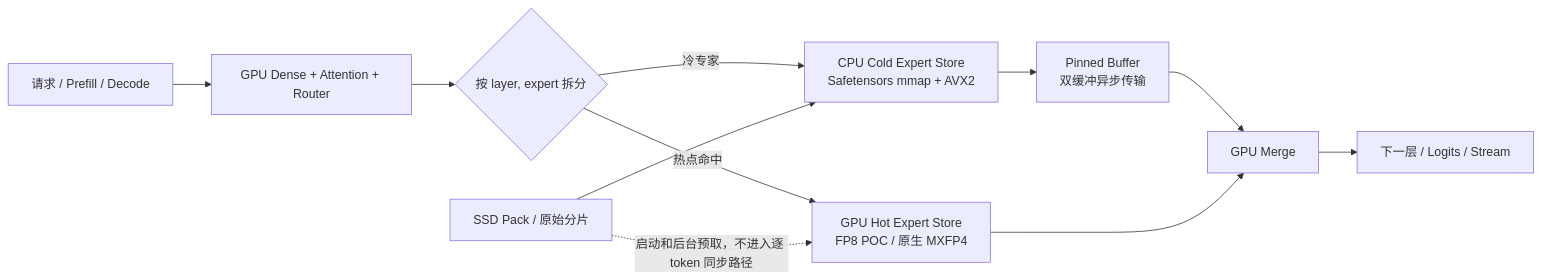
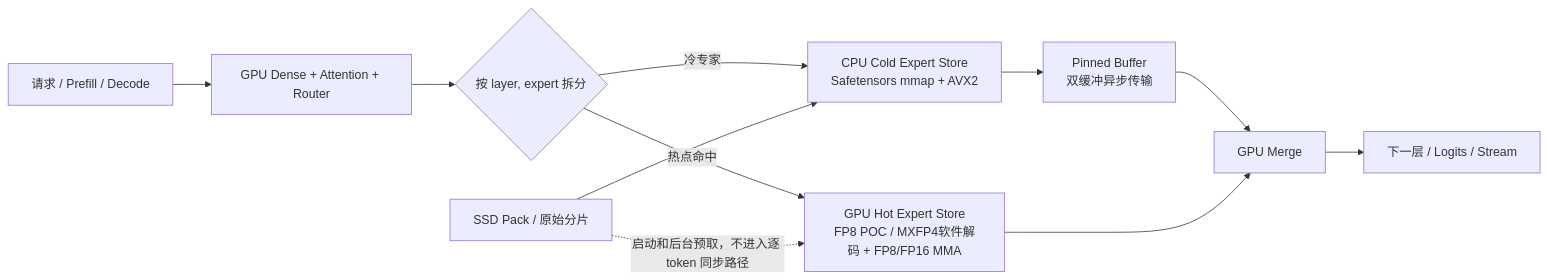
The diagram in 笔记库/推理优化/单机部署 qwen3.5-9b/第三章 DeepSeek-V4-Flash 原生混合精度三级存储部署.md (yikox/mynote), drawn with Mermaid before and after one commit. The commit also changed other lines of this file and 1 other file, not shown here.

````diff
--- a/笔记库/推理优化/单机部署 qwen3.5-9b/第三章 DeepSeek-V4-Flash 原生混合精度三级存储部署.md
+++ b/笔记库/推理优化/单机部署 qwen3.5-9b/第三章 DeepSeek-V4-Flash 原生混合精度三级存储部署.md
@@ -101,13 +107,13 @@
 ```mermaid
 flowchart LR
     A[请求 / Prefill / Decode] --> B[GPU Dense + Attention + Router]
     B --> C{按 layer, expert 拆分}
-    C -->|热点命中| D[GPU Hot Expert Store\nFP8 POC / 原生 MXFP4]
+    C -->|热点命中| D[GPU Hot Expert Store\nFP8 POC / MXFP4软件解码 + FP8/FP16 MMA]
     C -->|冷专家| E[CPU Cold Expert Store\nSafetensors mmap + AVX2]
     E --> F[Pinned Buffer\n双缓冲异步传输]
     F --> G[GPU Merge]
     D --> G
     G --> H[下一层 / Logits / Stream]
     I[SSD Pack / 原始分片] --> E
     I -.启动和后台预取，不进入逐 token 同步路径.-> D
 ```
````
